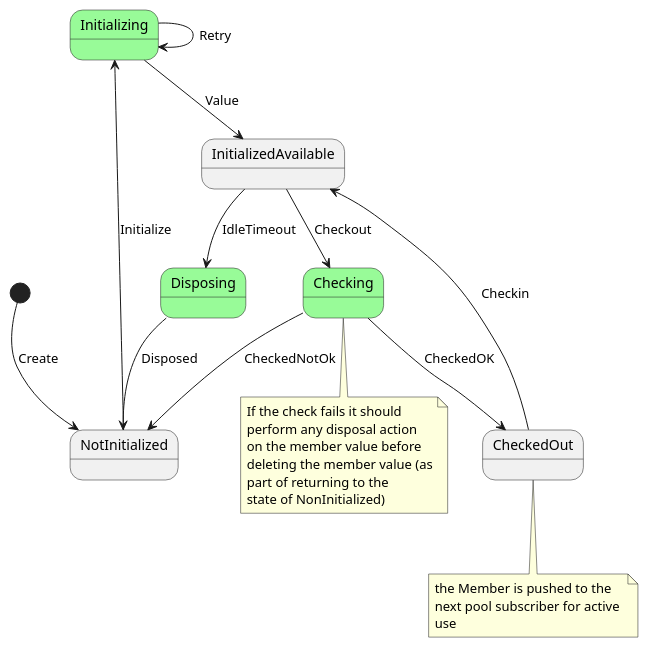
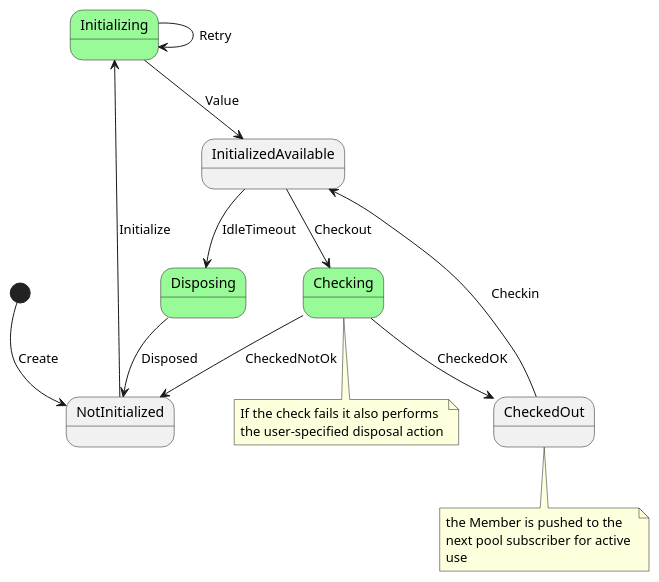
The diagram in src/main/plantuml/Member-state-diagram.puml (davidmoten/rxjava3-pool), drawn with PlantUML before and after one commit. The commit also changed 1 other file, not shown here.

Commit message:
update diagram

```diff
--- a/src/main/plantuml/Member-state-diagram.puml
+++ b/src/main/plantuml/Member-state-diagram.puml
@@ -1,36 +1,32 @@
 @startuml
 
 state Initializing #palegreen {
 }
 state Checking #palegreen {
 }
 state Disposing #palegreen {
 }
 
 [*] --> NotInitialized: Create
 NotInitialized --> Initializing: Initialize
 Initializing --> InitializedAvailable: Value
 Initializing --> Initializing: Retry
 InitializedAvailable --> Checking: Checkout
 Checking --> NotInitialized: CheckedNotOk
 Checking --> CheckedOut: CheckedOK
 InitializedAvailable --> Disposing: IdleTimeout 
 Disposing --> NotInitialized: Disposed
 CheckedOut --> InitializedAvailable: Checkin
 
 note bottom of Checking
-  If the check fails it should
-  perform any disposal action
-  on the member value before 
-  deleting the member value (as
-  part of returning to the 
-  state of NonInitialized)
+  If the check fails it also performs
+  the user-specified disposal action
 end note
 
 note bottom of CheckedOut
   the Member is pushed to the 
   next pool subscriber for active 
   use
 end note
 
 @enduml
```
